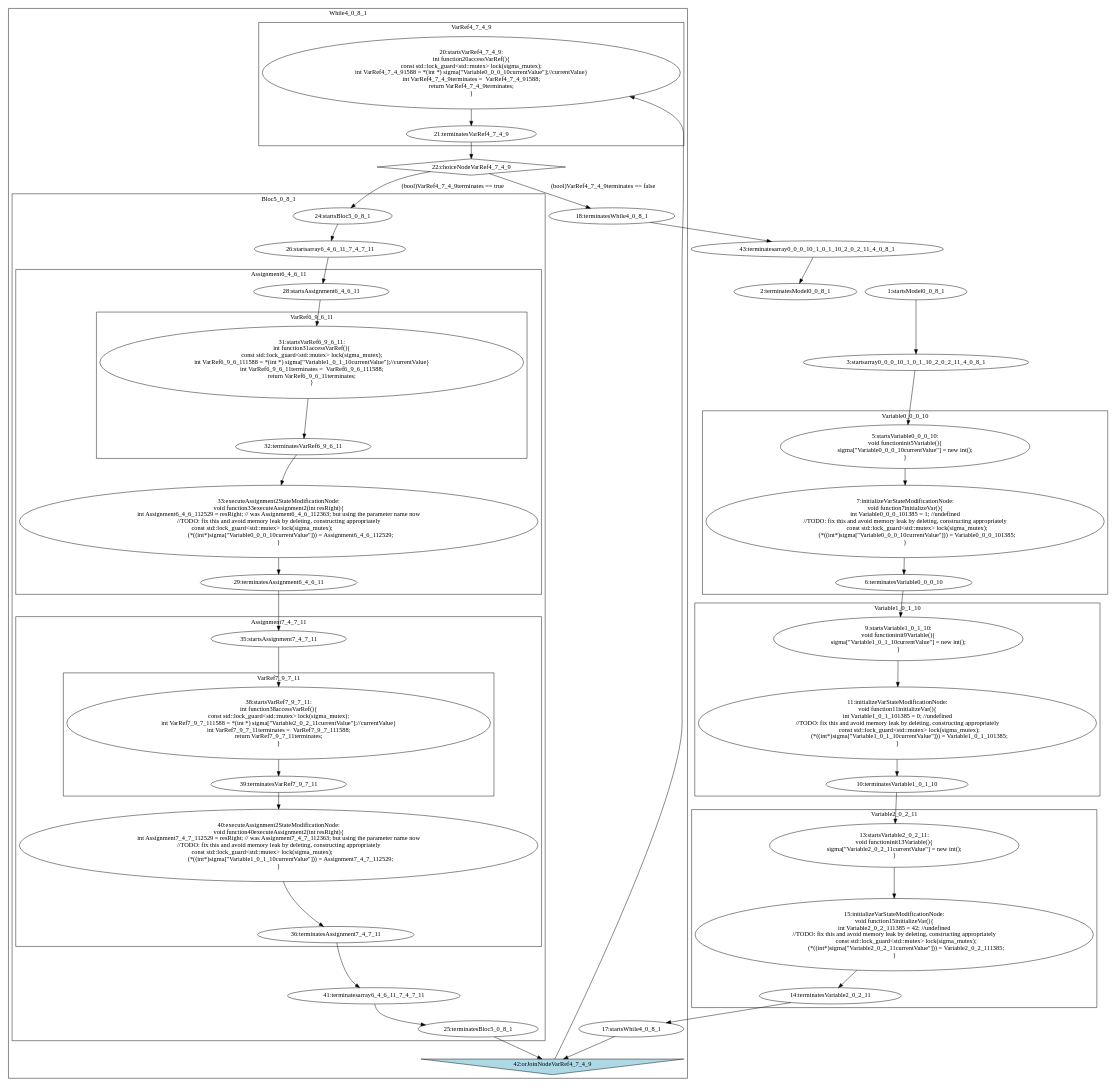
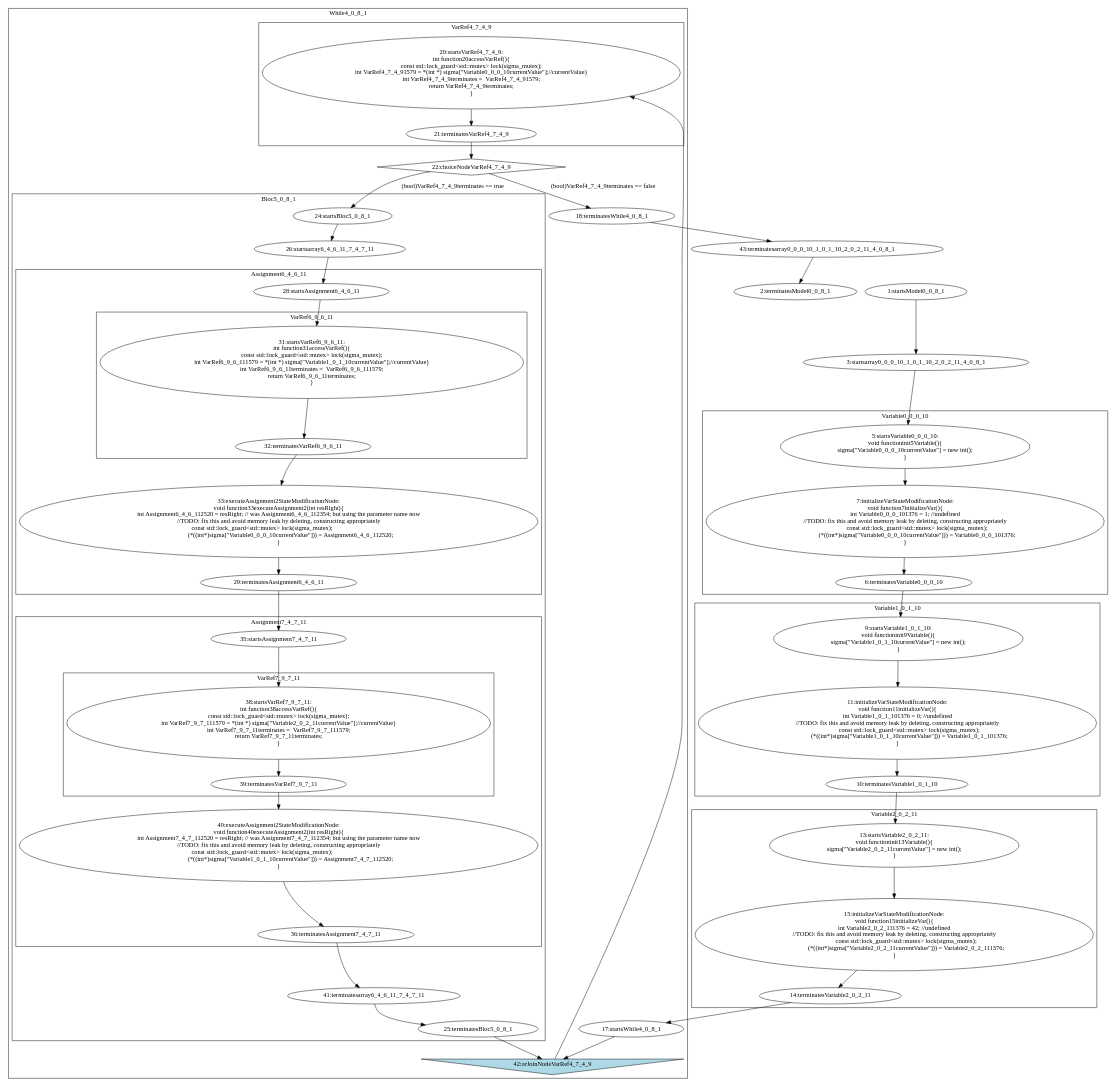
Before and after one commit to jdeantoni/TCOS.lang: the diagram in temp/generated/testWhile.dot, drawn with Graphviz. The commit also changed 24 other files, not shown here.

```diff
--- a/temp/generated/testWhile.dot
+++ b/temp/generated/testWhile.dot
@@ -1,155 +1,155 @@
 digraph G {
 subgraph cluster_4 {
 label = "Variable0_0_0_10";
   "5" [label="5:startsVariable0_0_0_10:
 void functioninit5Variable(){
 sigma[\"Variable0_0_0_10currentValue\"] = new int();
 }" shape="ellipse" ];
   "6" [label="6:terminatesVariable0_0_0_10" shape="ellipse" ];
   "7" [label="7:initializeVarStateModificationNode:
 void function7initializeVar(){
-int Variable0_0_0_101385 = 1; //undefined
+int Variable0_0_0_101376 = 1; //undefined
 //TODO: fix this and avoid memory leak by deleting, constructing appropriately
                 const std::lock_guard<std::mutex> lock(sigma_mutex);
-                (*((int*)sigma[\"Variable0_0_0_10currentValue\"])) = Variable0_0_0_101385;
+                (*((int*)sigma[\"Variable0_0_0_10currentValue\"])) = Variable0_0_0_101376;
 }" shape="ellipse" ];
 }
 subgraph cluster_8 {
 label = "Variable1_0_1_10";
   "9" [label="9:startsVariable1_0_1_10:
 void functioninit9Variable(){
 sigma[\"Variable1_0_1_10currentValue\"] = new int();
 }" shape="ellipse" ];
   "10" [label="10:terminatesVariable1_0_1_10" shape="ellipse" ];
   "11" [label="11:initializeVarStateModificationNode:
 void function11initializeVar(){
-int Variable1_0_1_101385 = 0; //undefined
+int Variable1_0_1_101376 = 0; //undefined
 //TODO: fix this and avoid memory leak by deleting, constructing appropriately
                 const std::lock_guard<std::mutex> lock(sigma_mutex);
-                (*((int*)sigma[\"Variable1_0_1_10currentValue\"])) = Variable1_0_1_101385;
+                (*((int*)sigma[\"Variable1_0_1_10currentValue\"])) = Variable1_0_1_101376;
 }" shape="ellipse" ];
 }
 subgraph cluster_12 {
 label = "Variable2_0_2_11";
   "13" [label="13:startsVariable2_0_2_11:
 void functioninit13Variable(){
 sigma[\"Variable2_0_2_11currentValue\"] = new int();
 }" shape="ellipse" ];
   "14" [label="14:terminatesVariable2_0_2_11" shape="ellipse" ];
   "15" [label="15:initializeVarStateModificationNode:
 void function15initializeVar(){
-int Variable2_0_2_111385 = 42; //undefined
+int Variable2_0_2_111376 = 42; //undefined
 //TODO: fix this and avoid memory leak by deleting, constructing appropriately
                 const std::lock_guard<std::mutex> lock(sigma_mutex);
-                (*((int*)sigma[\"Variable2_0_2_11currentValue\"])) = Variable2_0_2_111385;
+                (*((int*)sigma[\"Variable2_0_2_11currentValue\"])) = Variable2_0_2_111376;
 }" shape="ellipse" ];
 }
 subgraph cluster_16 {
 label = "While4_0_8_1";
   "17" [label="17:startsWhile4_0_8_1" shape="ellipse" ];
   "18" [label="18:terminatesWhile4_0_8_1" shape="ellipse" ];
   "22" [label="22:choiceNodeVarRef4_7_4_9" shape="diamond" ];
   "42" [label="42:orJoinNodeVarRef4_7_4_9" shape="invtriangle" style="filled" fillcolor="lightblue"];
 subgraph cluster_19 {
 label = "VarRef4_7_4_9";
   "20" [label="20:startsVarRef4_7_4_9:
 int function20accessVarRef(){
 const std::lock_guard<std::mutex> lock(sigma_mutex);
-int VarRef4_7_4_91588 = *(int *) sigma[\"Variable0_0_0_10currentValue\"];//currentValue}
-int VarRef4_7_4_9terminates =  VarRef4_7_4_91588;
+int VarRef4_7_4_91579 = *(int *) sigma[\"Variable0_0_0_10currentValue\"];//currentValue}
+int VarRef4_7_4_9terminates =  VarRef4_7_4_91579;
 return VarRef4_7_4_9terminates;
 }" shape="ellipse" ];
   "21" [label="21:terminatesVarRef4_7_4_9" shape="ellipse" ];
 }
 subgraph cluster_23 {
 label = "Bloc5_0_8_1";
   "24" [label="24:startsBloc5_0_8_1" shape="ellipse" ];
   "25" [label="25:terminatesBloc5_0_8_1" shape="ellipse" ];
   "26" [label="26:startsarray6_4_6_11_7_4_7_11" shape="ellipse" ];
   "41" [label="41:terminatesarray6_4_6_11_7_4_7_11" shape="ellipse" ];
 subgraph cluster_27 {
 label = "Assignment6_4_6_11";
   "28" [label="28:startsAssignment6_4_6_11" shape="ellipse" ];
   "29" [label="29:terminatesAssignment6_4_6_11" shape="ellipse" ];
   "33" [label="33:executeAssignment2StateModificationNode:
 void function33executeAssignment2(int resRight){
-int Assignment6_4_6_112529 = resRight; // was Assignment6_4_6_112363; but using the parameter name now
+int Assignment6_4_6_112520 = resRight; // was Assignment6_4_6_112354; but using the parameter name now
 //TODO: fix this and avoid memory leak by deleting, constructing appropriately
                 const std::lock_guard<std::mutex> lock(sigma_mutex);                                    
-                (*((int*)sigma[\"Variable0_0_0_10currentValue\"])) = Assignment6_4_6_112529;
+                (*((int*)sigma[\"Variable0_0_0_10currentValue\"])) = Assignment6_4_6_112520;
 }" shape="ellipse" ];
 subgraph cluster_30 {
 label = "VarRef6_9_6_11";
   "31" [label="31:startsVarRef6_9_6_11:
 int function31accessVarRef(){
 const std::lock_guard<std::mutex> lock(sigma_mutex);
-int VarRef6_9_6_111588 = *(int *) sigma[\"Variable1_0_1_10currentValue\"];//currentValue}
-int VarRef6_9_6_11terminates =  VarRef6_9_6_111588;
+int VarRef6_9_6_111579 = *(int *) sigma[\"Variable1_0_1_10currentValue\"];//currentValue}
+int VarRef6_9_6_11terminates =  VarRef6_9_6_111579;
 return VarRef6_9_6_11terminates;
 }" shape="ellipse" ];
   "32" [label="32:terminatesVarRef6_9_6_11" shape="ellipse" ];
 }
 }
 subgraph cluster_34 {
 label = "Assignment7_4_7_11";
   "35" [label="35:startsAssignment7_4_7_11" shape="ellipse" ];
   "36" [label="36:terminatesAssignment7_4_7_11" shape="ellipse" ];
   "40" [label="40:executeAssignment2StateModificationNode:
 void function40executeAssignment2(int resRight){
-int Assignment7_4_7_112529 = resRight; // was Assignment7_4_7_112363; but using the parameter name now
+int Assignment7_4_7_112520 = resRight; // was Assignment7_4_7_112354; but using the parameter name now
 //TODO: fix this and avoid memory leak by deleting, constructing appropriately
                 const std::lock_guard<std::mutex> lock(sigma_mutex);                                    
-                (*((int*)sigma[\"Variable1_0_1_10currentValue\"])) = Assignment7_4_7_112529;
+                (*((int*)sigma[\"Variable1_0_1_10currentValue\"])) = Assignment7_4_7_112520;
 }" shape="ellipse" ];
 subgraph cluster_37 {
 label = "VarRef7_9_7_11";
   "38" [label="38:startsVarRef7_9_7_11:
 int function38accessVarRef(){
 const std::lock_guard<std::mutex> lock(sigma_mutex);
-int VarRef7_9_7_111588 = *(int *) sigma[\"Variable2_0_2_11currentValue\"];//currentValue}
-int VarRef7_9_7_11terminates =  VarRef7_9_7_111588;
+int VarRef7_9_7_111579 = *(int *) sigma[\"Variable2_0_2_11currentValue\"];//currentValue}
+int VarRef7_9_7_11terminates =  VarRef7_9_7_111579;
 return VarRef7_9_7_11terminates;
 }" shape="ellipse" ];
   "39" [label="39:terminatesVarRef7_9_7_11" shape="ellipse" ];
 }
 }
 }
 }
   "1" [label="1:startsModel0_0_8_1" shape="ellipse" ];
   "2" [label="2:terminatesModel0_0_8_1" shape="ellipse" ];
   "3" [label="3:startsarray0_0_0_10_1_0_1_10_2_0_2_11_4_0_8_1" shape="ellipse" ];
   "43" [label="43:terminatesarray0_0_0_10_1_0_1_10_2_0_2_11_4_0_8_1" shape="ellipse" ];
   "5" -> "7" [label=""];
   "7" -> "6" [label=""];
   "9" -> "11" [label=""];
   "11" -> "10" [label=""];
   "13" -> "15" [label=""];
   "15" -> "14" [label=""];
   "20" -> "21" [label=""];
   "31" -> "32" [label=""];
   "28" -> "31" [label=""];
   "32" -> "33" [label=""];
   "33" -> "29" [label=""];
   "38" -> "39" [label=""];
   "35" -> "38" [label=""];
   "39" -> "40" [label=""];
   "40" -> "36" [label=""];
   "24" -> "26" [label=""];
   "26" -> "28" [label=""];
   "29" -> "35" [label=""];
   "36" -> "41" [label=""];
   "41" -> "25" [label=""];
   "17" -> "42" [label=""];
   "21" -> "22" [label=""];
   "22" -> "24" [label="(bool)VarRef4_7_4_9terminates == true"];
   "25" -> "42" [label=""];
   "42" -> "20" [label=""];
   "22" -> "18" [label="(bool)VarRef4_7_4_9terminates == false"];
   "1" -> "3" [label=""];
   "3" -> "5" [label=""];
   "6" -> "9" [label=""];
   "10" -> "13" [label=""];
   "14" -> "17" [label=""];
   "18" -> "43" [label=""];
   "43" -> "2" [label=""];
 }
```
